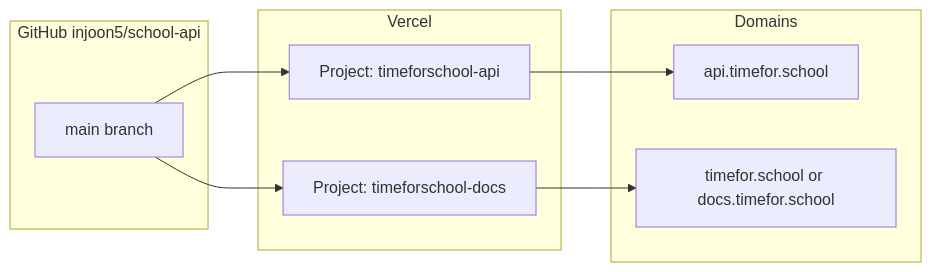
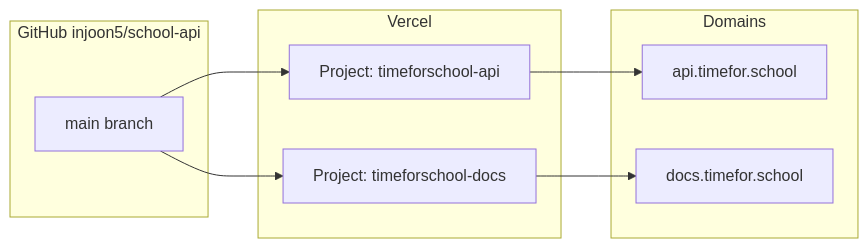
Before and after one commit to injoon5/school-api: the diagram in docs/vercel-deploy.md, drawn with Mermaid. The commit also changed other lines of this file and 6 other files, not shown here.

Commit message:
docs: canonical domain docs.timefor.school

````diff
--- a/docs/vercel-deploy.md
+++ b/docs/vercel-deploy.md
@@ -7,21 +7,21 @@
 ```mermaid
 flowchart LR
   subgraph github [GitHub injoon5/school-api]
     main[main branch]
   end
 
   subgraph vercel [Vercel]
     apiProj[Project: timeforschool-api]
     docsProj[Project: timeforschool-docs]
   end
 
   subgraph domains [Domains]
     apiHost[api.timefor.school]
-    docsHost[timefor.school or docs.timefor.school]
+    docsHost[docs.timefor.school]
   end
 
   main --> apiProj
   main --> docsProj
   apiProj --> apiHost
   docsProj --> docsHost
 ```
````
